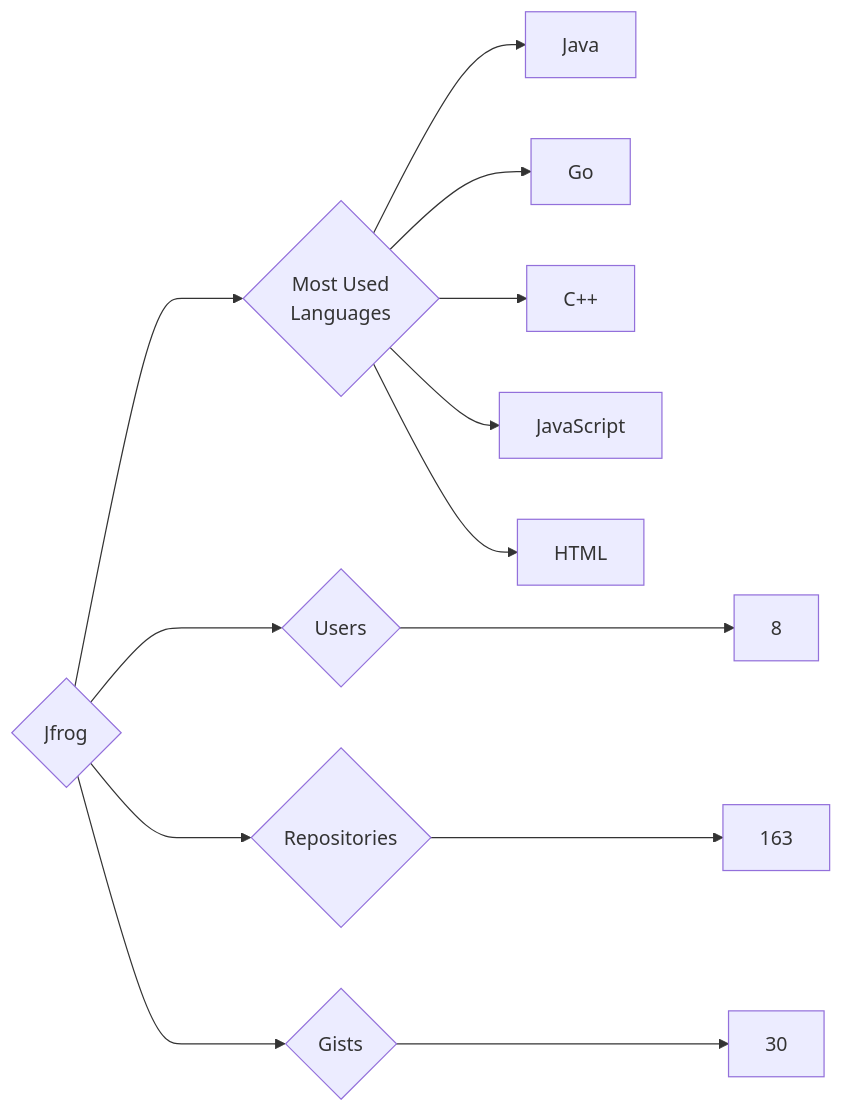
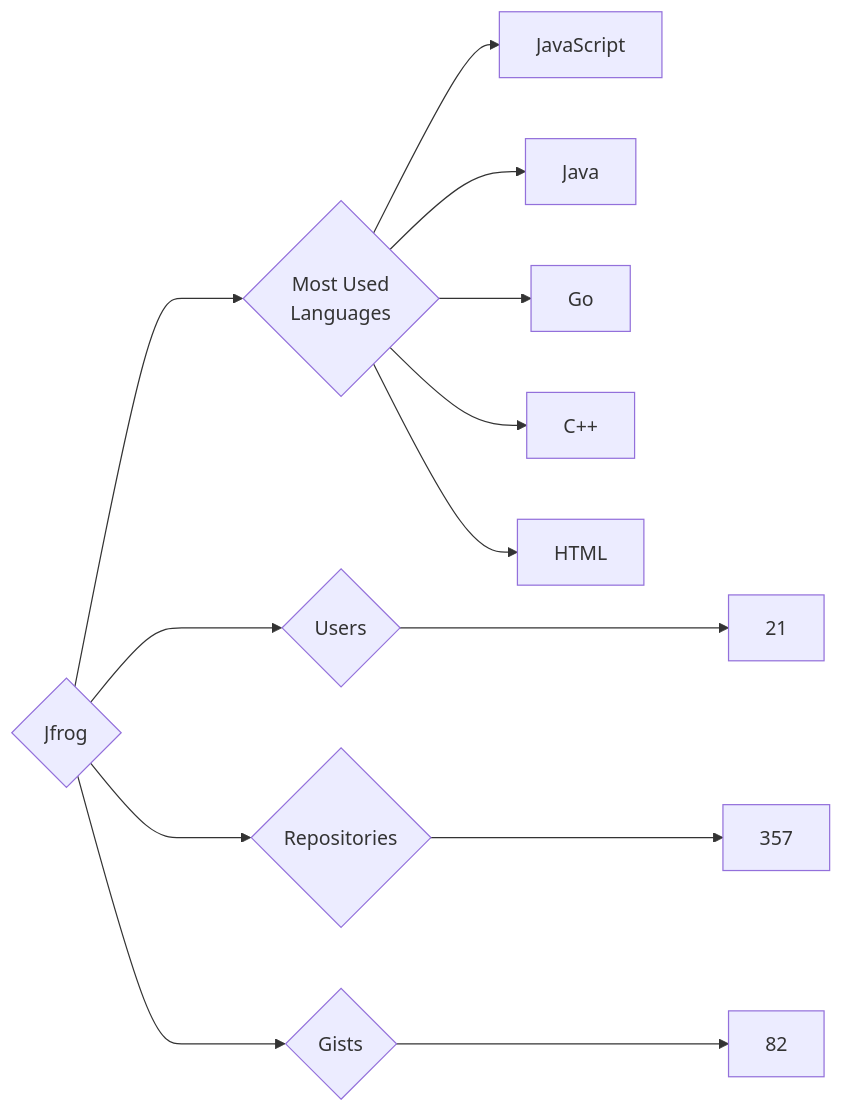
The diagram in targets/Jfrog/README.md (trickest/insiders), drawn with Mermaid before and after one commit. The commit also changed 636 other files, not shown here.

````diff
--- a/targets/Jfrog/README.md
+++ b/targets/Jfrog/README.md
@@ -3,13 +3,13 @@
 ```mermaid
 graph LR
 COMPANY_NAME{Jfrog}
-COMPANY_NAME ---> U{Users} ---> UN[8]
-COMPANY_NAME ---> R{Repositories} ---> RN[163]
-COMPANY_NAME ---> G{Gists} ---> GN[30]
+COMPANY_NAME ---> U{Users} ---> UN[21]
+COMPANY_NAME ---> R{Repositories} ---> RN[357]
+COMPANY_NAME ---> G{Gists} ---> GN[82]
 COMPANY_NAME ---> ML{Most Used<br>Languages}
+ML --> JavaScript[JavaScript]
 ML --> Java[Java]
 ML --> Go[Go]
 ML --> C++[C++]
-ML --> JavaScript[JavaScript]
 ML --> HTML[HTML]
 ```
````
